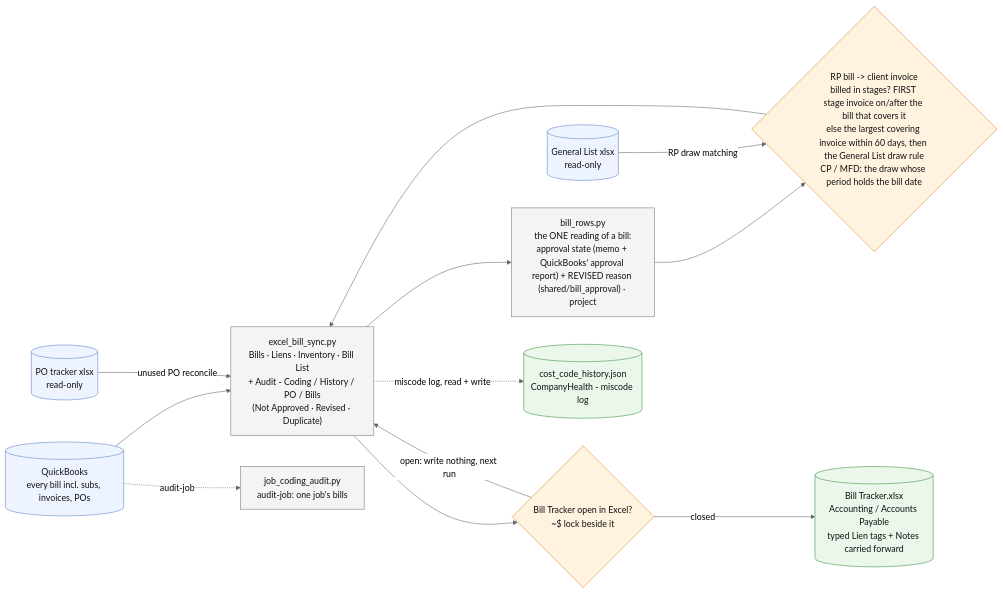
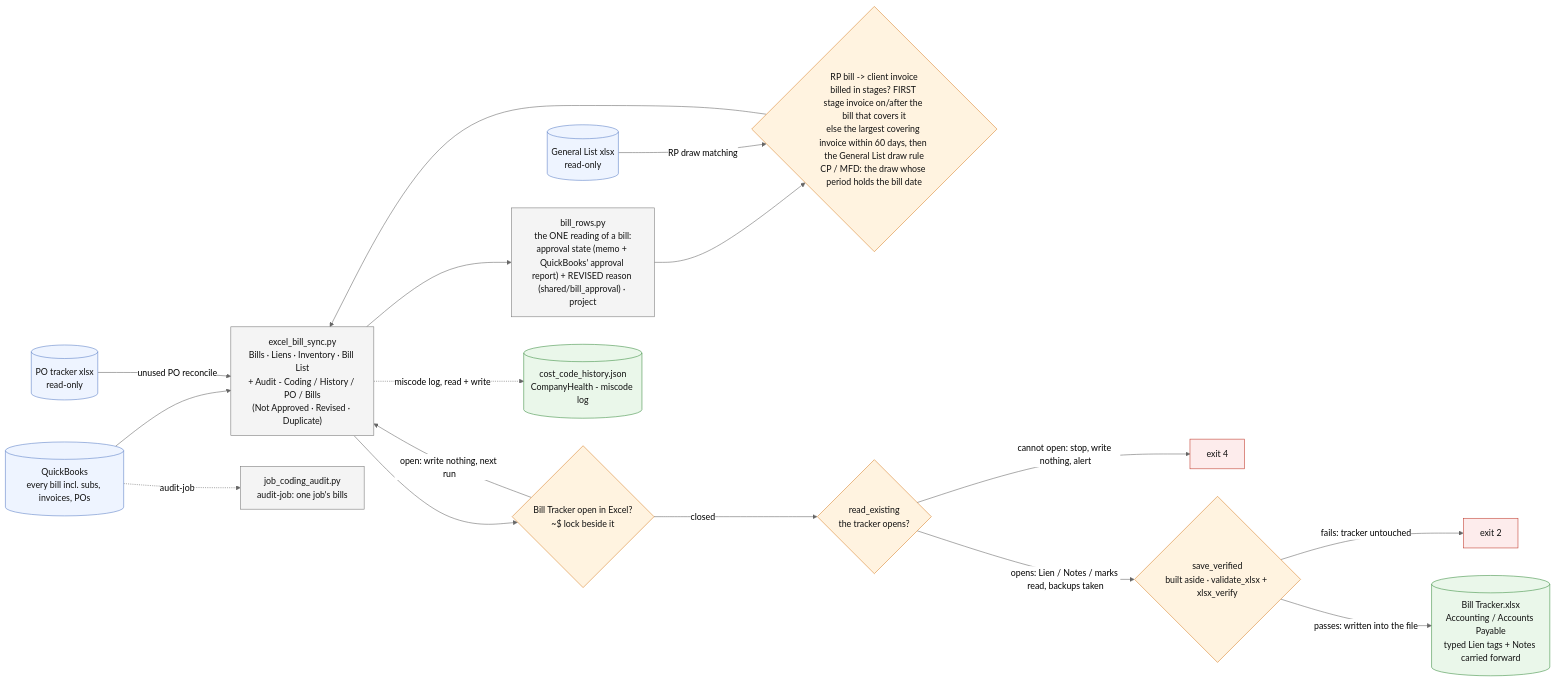
One commit to Ecarlo-Proficient/Claude-Report changed the diagram in bill-tracker/FLOW.md. Above: the diagram before and after it, drawn with Mermaid (neutral theme). The commit also changed other lines of this file and 18 other files, not shown here.

````diff
--- a/bill-tracker/FLOW.md
+++ b/bill-tracker/FLOW.md
@@ -8,30 +8,35 @@
 ```mermaid
 flowchart LR
     classDef src fill:#eef4ff,stroke:#5b7fc7,color:#111
     classDef tool fill:#f4f4f4,stroke:#777,color:#111
     classDef gate fill:#fff3e0,stroke:#d9822b,color:#111
+    classDef stop fill:#fdecec,stroke:#c0392b,color:#111
     classDef out fill:#eaf7ea,stroke:#3c8d40,color:#111
 
     QBO[("QuickBooks<br/>every bill incl. subs, invoices, POs")]:::src
     GL[("General List xlsx<br/>read-only")]:::src
     POT[("PO tracker xlsx<br/>read-only")]:::src
     LOCK{"Bill Tracker open in Excel?<br/>~$ lock beside it"}:::gate
 
     BT["excel_bill_sync.py<br/>Bills · Liens · Inventory · Bill List<br/>+ Audit - Coding / History / PO / Bills<br/>(Not Approved · Revised · Duplicate)"]:::tool
     BR["bill_rows.py<br/>the ONE reading of a bill:<br/>approval state (memo + QuickBooks' approval report) + REVISED reason (shared/bill_approval) · project"]:::tool
     JCA["job_coding_audit.py<br/>audit-job: one job's bills"]:::tool
 
     BX[("Bill Tracker.xlsx<br/>Accounting / Accounts Payable<br/>typed Lien tags + Notes carried forward")]:::out
     CCH[("cost_code_history.json<br/>CompanyHealth - miscode log")]:::out
 
     QBO --> BT
     BT --> BR
     MATCH{"RP bill -> client invoice<br/>billed in stages? FIRST stage invoice on/after the bill that covers it<br/>else the largest covering invoice within 60 days, then the General List draw rule<br/>CP / MFD: the draw whose period holds the bill date"}:::gate
     BR --> MATCH --> BT
     GL -- "RP draw matching" --> MATCH
     POT -- "unused PO reconcile" --> BT
-    BT --> LOCK -- "closed" --> BX
+    BT --> LOCK -- "closed" --> RD{"read_existing<br/>the tracker opens?"}:::gate
+    RD -- "cannot open: stop, write nothing, alert" --> STOP1["exit 4"]:::stop
+    RD -- "opens: Lien / Notes / marks read, backups taken" --> SV{"save_verified<br/>built aside · validate_xlsx + xlsx_verify"}:::gate
+    SV -- "fails: tracker untouched" --> STOP2["exit 2"]:::stop
+    SV -- "passes: written into the file" --> BX
     LOCK -- "open: write nothing, next run" --> BT
     BT -. "miscode log, read + write" .-> CCH
     QBO -. "audit-job" .-> JCA
 ```
````
